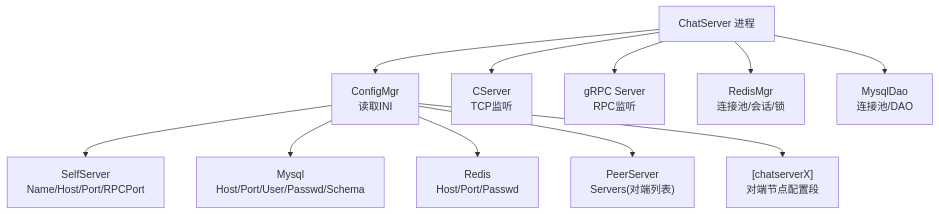
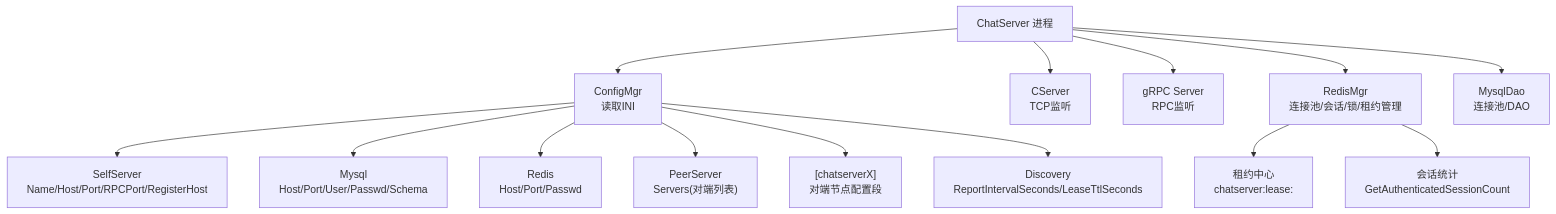
The first of 3 diagrams in .qoder/repowiki/zh/content/部署运维/服务部署/服务配置/ChatServer聊天服务配置.md (echo9923/mychatter), drawn with Mermaid before and after one commit. The commit also changed other lines of this file and 107 other files, not shown here.

````diff
--- a/.qoder/repowiki/zh/content/部署运维/服务部署/服务配置/ChatServer聊天服务配置.md
+++ b/.qoder/repowiki/zh/content/部署运维/服务部署/服务配置/ChatServer聊天服务配置.md
@@ -37,13 +48,16 @@
 ```mermaid
 graph TB
 A["ChatServer 进程"] --> B["ConfigMgr<br/>读取INI"]
-B --> C["SelfServer<br/>Name/Host/Port/RPCPort"]
+B --> C["SelfServer<br/>Name/Host/Port/RPCPort/RegisterHost"]
 B --> D["Mysql<br/>Host/Port/User/Passwd/Schema"]
 B --> E["Redis<br/>Host/Port/Passwd"]
 B --> F["PeerServer<br/>Servers(对端列表)"]
 B --> G["[chatserverX]<br/>对端节点配置段"]
-A --> H["CServer<br/>TCP监听"]
-A --> I["gRPC Server<br/>RPC监听"]
-A --> J["RedisMgr<br/>连接池/会话/锁"]
-A --> K["MysqlDao<br/>连接池/DAO"]
+B --> H["Discovery<br/>ReportIntervalSeconds/LeaseTtlSeconds"]
+A --> I["CServer<br/>TCP监听"]
+A --> J["gRPC Server<br/>RPC监听"]
+A --> K["RedisMgr<br/>连接池/会话/锁/租约管理"]
+A --> L["MysqlDao<br/>连接池/DAO"]
+K --> M["租约中心<br/>chatserver:lease:<name>"]
+K --> N["会话统计<br/>GetAuthenticatedSessionCount"]
 ```
````
